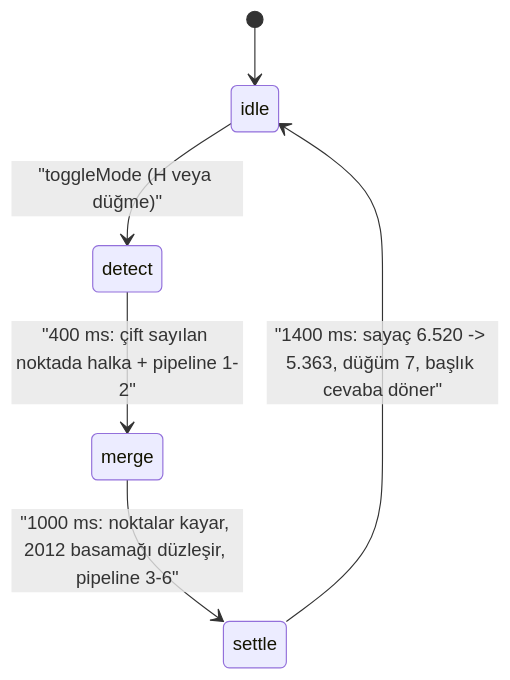
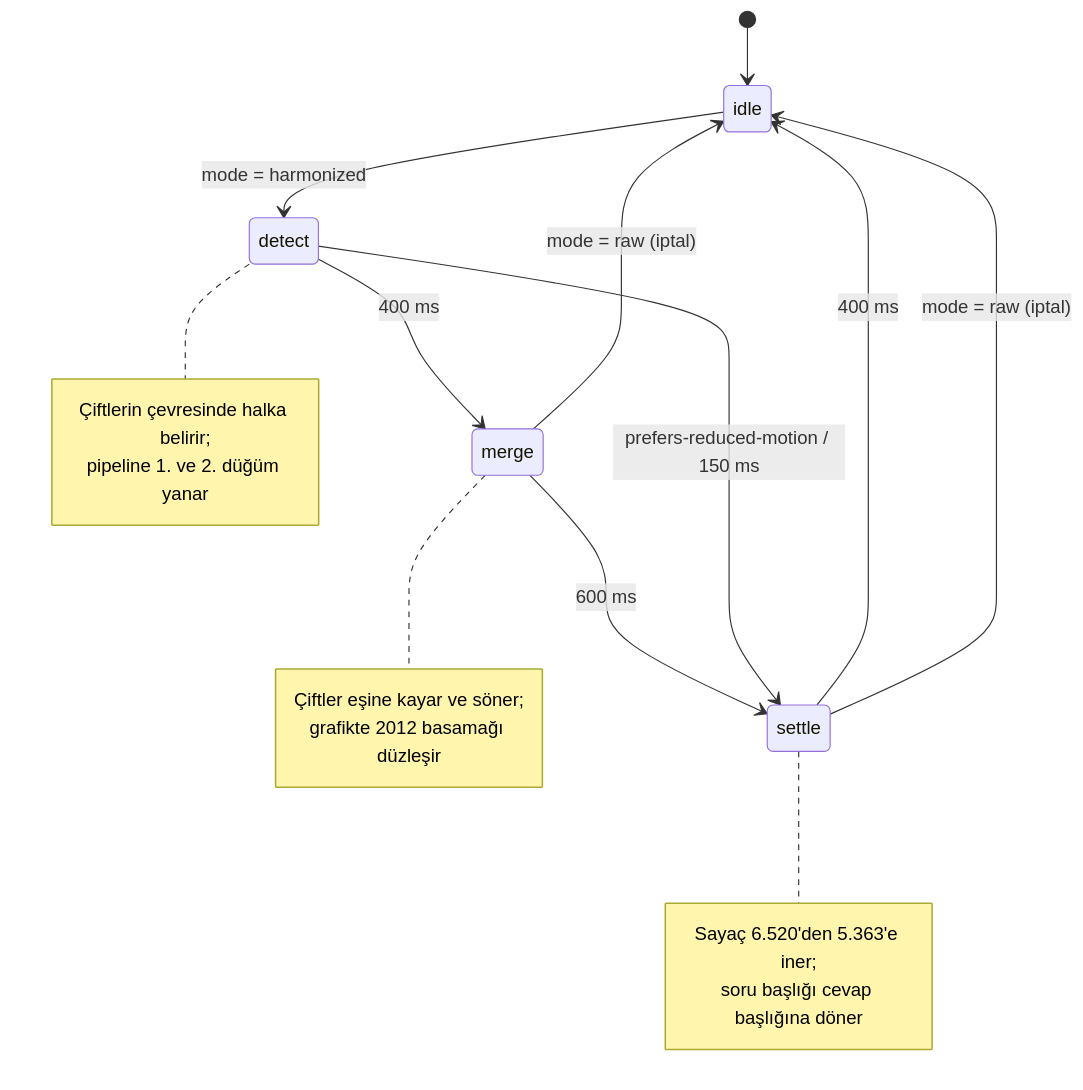
One commit to TeamMagi/SpaceApps2026-MODIS-VIIRS changed the second of 2 diagrams in docs/FRONTEND_STACK_ONERISI.md. Above: the diagram before and after it, drawn with Mermaid. The commit also changed other lines of this file and 162 other files, not shown here.

````diff
--- a/docs/FRONTEND_STACK_ONERISI.md
+++ b/docs/FRONTEND_STACK_ONERISI.md
@@ -153,8 +228,24 @@
 ```mermaid
 stateDiagram-v2
     [*] --> idle
-    idle --> detect: "toggleMode (H veya düğme)"
-    detect --> merge: "400 ms: çift sayılan noktada halka + pipeline 1-2"
-    merge --> settle: "1000 ms: noktalar kayar, 2012 basamağı düzleşir, pipeline 3-6"
-    settle --> idle: "1400 ms: sayaç 6.520 -> 5.363, düğüm 7, başlık cevaba döner"
+    idle --> detect: mode = harmonized
+    detect --> merge: 400 ms
+    merge --> settle: 600 ms
+    settle --> idle: 400 ms
+    detect --> settle: prefers-reduced-motion / 150 ms
+    merge --> idle: mode = raw (iptal)
+    settle --> idle: mode = raw (iptal)
+
+    note right of detect
+        Çiftlerin çevresinde halka belirir;
+        pipeline 1. ve 2. düğüm yanar
+    end note
+    note right of merge
+        Çiftler eşine kayar ve söner;
+        grafikte 2012 basamağı düzleşir
+    end note
+    note right of settle
+        Sayaç 6.520'den 5.363'e iner;
+        soru başlığı cevap başlığına döner
+    end note
 ```
````
